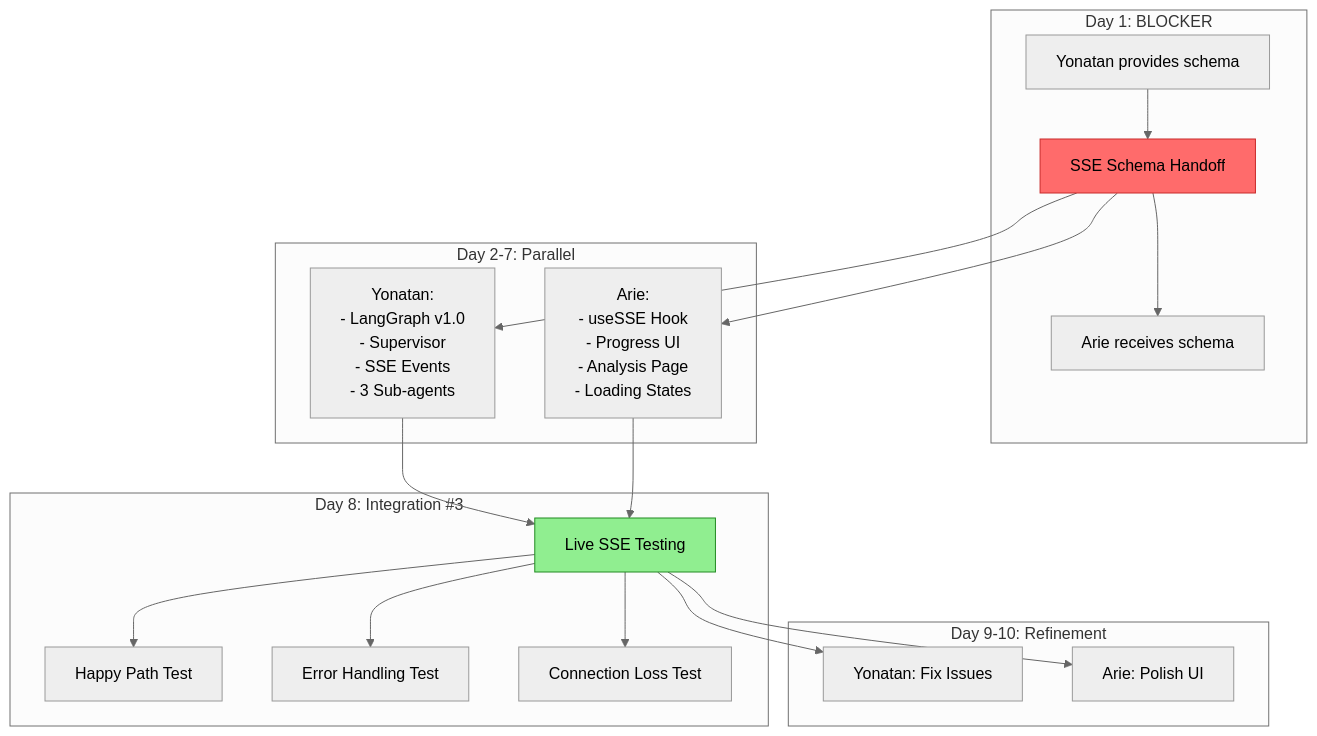
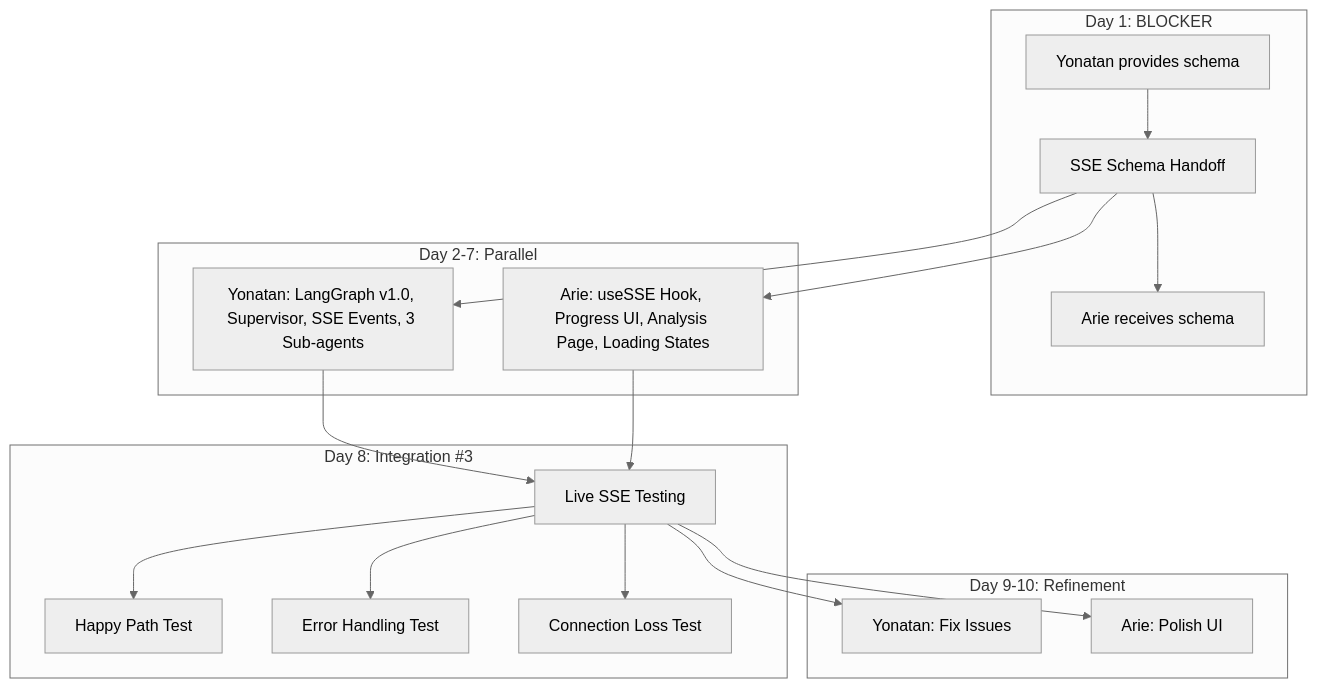
Before and after one commit to ArieGoldkin/SkillForge: the seventh of 11 diagrams in docs/ARCHITECTURE.md, drawn with Mermaid (neutral theme). The commit also changed other lines of this file and 31 other files, not shown here.

First line of the commit message:
docs: refresh docs + diagrams, align ports/versions

````diff
--- a/docs/ARCHITECTURE.md
+++ b/docs/ARCHITECTURE.md
@@ -501,41 +477,39 @@
 ```mermaid
 graph TB
     subgraph "Day 1: BLOCKER"
         SSE[SSE Schema Handoff]
         YonatanSSE[Yonatan provides schema]
         ArieSSE[Arie receives schema]
         YonatanSSE --> SSE
         SSE --> ArieSSE
     end
     
     subgraph "Day 2-7: Parallel"
-        YonatanWork[Yonatan:<br/>- LangGraph v1.0<br/>- Supervisor<br/>- SSE Events<br/>- 3 Sub-agents]
-        ArieWork[Arie:<br/>- useSSE Hook<br/>- Progress UI<br/>- Analysis Page<br/>- Loading States]
+        YonatanWork["Yonatan: LangGraph v1.0, Supervisor, SSE Events, 3 Sub-agents"]
+        ArieWork["Arie: useSSE Hook, Progress UI, Analysis Page, Loading States"]
     end
     
     subgraph "Day 8: Integration #3"
         SSETest[Live SSE Testing]
         HappyPath[Happy Path Test]
         ErrorTest[Error Handling Test]
         ConnectionTest[Connection Loss Test]
         
         SSETest --> HappyPath
         SSETest --> ErrorTest
         SSETest --> ConnectionTest
     end
     
     subgraph "Day 9-10: Refinement"
         YonatanRefine[Yonatan: Fix Issues]
         ArieRefine[Arie: Polish UI]
     end
     
     SSE --> YonatanWork
     SSE --> ArieWork
     YonatanWork --> SSETest
     ArieWork --> SSETest
     SSETest --> YonatanRefine
     SSETest --> ArieRefine
     
-    style SSE fill:#ff6b6b,stroke:#c92a2a
-    style SSETest fill:#90ee90,stroke:#228b22
 ```
````
